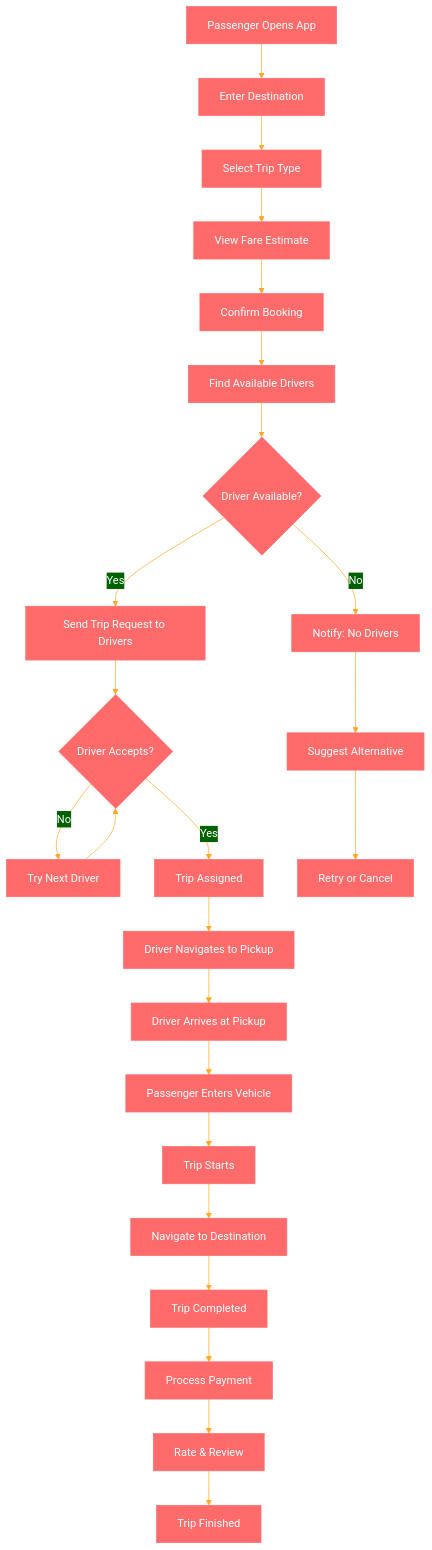
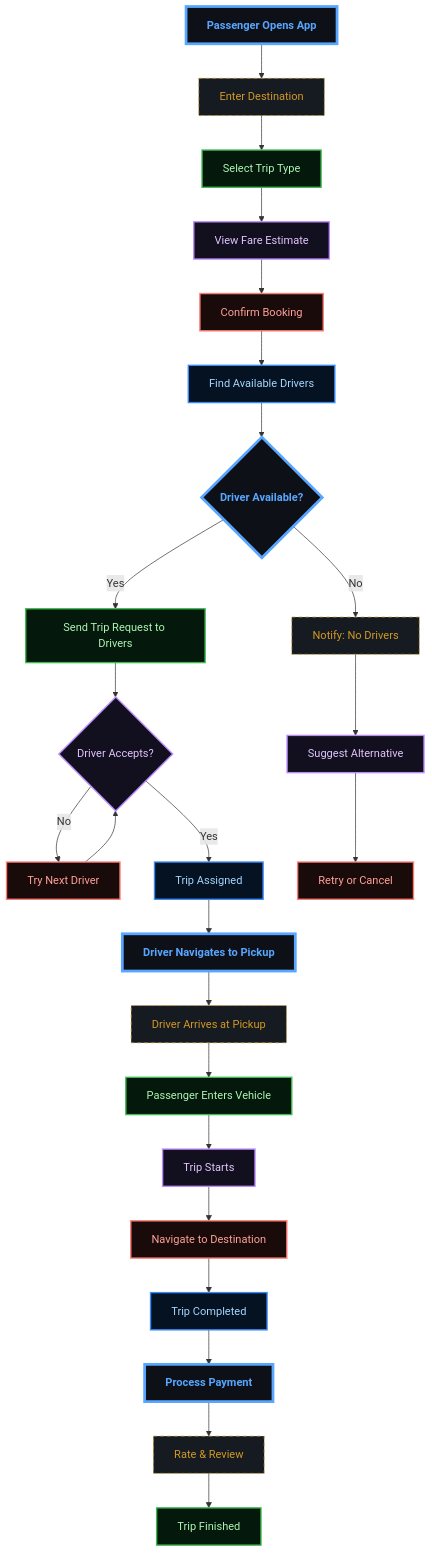
One commit to abdoElHodaky/transportapp changed the first of 17 diagrams in docs/BUSINESS_PROCESSES.md. Above: the diagram before and after it, drawn with Mermaid. The commit also changed other lines of this file and 9 other files, not shown here.

````diff
--- a/docs/BUSINESS_PROCESSES.md
+++ b/docs/BUSINESS_PROCESSES.md
@@ -20,31 +20,75 @@
 ```mermaid
-%%{init: {'theme':'base', 'themeVariables': {'primaryColor':'#ff6b6b','primaryTextColor':'#fff','primaryBorderColor':'#ff6b6b','lineColor':'#ffa726','sectionBkgColor':'#ff6b6b','altSectionBkgColor':'#fff','gridColor':'#fff','secondaryColor':'#006100','tertiaryColor':'#fff'}}}%%
 flowchart TD
     A[Passenger Opens App] --> B[Enter Destination]
     B --> C[Select Trip Type]
     C --> D[View Fare Estimate]
     D --> E[Confirm Booking]
     E --> F[Find Available Drivers]
     
     F --> G{Driver Available?}
     G -->|No| H[Notify: No Drivers]
     G -->|Yes| I[Send Trip Request to Drivers]
     
     I --> J{Driver Accepts?}
     J -->|No| K[Try Next Driver]
     K --> J
     J -->|Yes| L[Trip Assigned]
     
     L --> M[Driver Navigates to Pickup]
     M --> N[Driver Arrives at Pickup]
     N --> O[Passenger Enters Vehicle]
     O --> P[Trip Starts]
     P --> Q[Navigate to Destination]
     Q --> R[Trip Completed]
     R --> S[Process Payment]
     S --> T[Rate & Review]
     T --> U[Trip Finished]
     
     H --> V[Suggest Alternative]
     V --> W[Retry or Cancel]
+
+    %% --- DARK GRADIENT & GLOW STYLING ---
+    
+    %% Main Dashboard (Neon Cyan/Blue)
+    classDef main fill:#0d1117,stroke:#58a6ff,stroke-width:4px,color:#58a6ff,font-weight:bold;
+    
+    %% Decision Diamond (Gold Glow)
+    classDef decision fill:#161b22,stroke:#d29922,color:#d29922,stroke-dasharray: 5 5;
+    
+    %% Revenue (Emerald Gradient Style)
+    classDef revNode fill:#04190b,stroke:#3fb950,color:#aff5b4,stroke-width:2px;
+    
+    %% Commission (Purple Gradient Style)
+    classDef commNode fill:#12101e,stroke:#bc8cff,color:#e2c5ff,stroke-width:2px;
+    
+    %% Refund (Ruby Gradient Style)
+    classDef refNode fill:#1a0b0b,stroke:#ff7b72,color:#ffa198,stroke-width:2px;
+    
+    %% Earnings (Sapphire Gradient Style)
+    classDef earnNode fill:#051221,stroke:#388bfd,color:#a5d6ff,stroke-width:2px;
+
+    class A main;
+    class B decision;
+    class C revNode;
+    class D commNode;
+    class E refNode;
+    class F earnNode;
+    class G main;
+    class H decision;
+    class I revNode;
+    class J commNode;
+    class K refNode;
+    class L earnNode;
+    class M main;
+    class N decision;
+    class O revNode;
+    class P commNode;
+    class Q refNode;
+    class R earnNode;
+    class S main;
+    class T decision;
+    class U revNode;
+    class V commNode;
+    class W refNode;
+    class Y earnNode;
 ```
````
